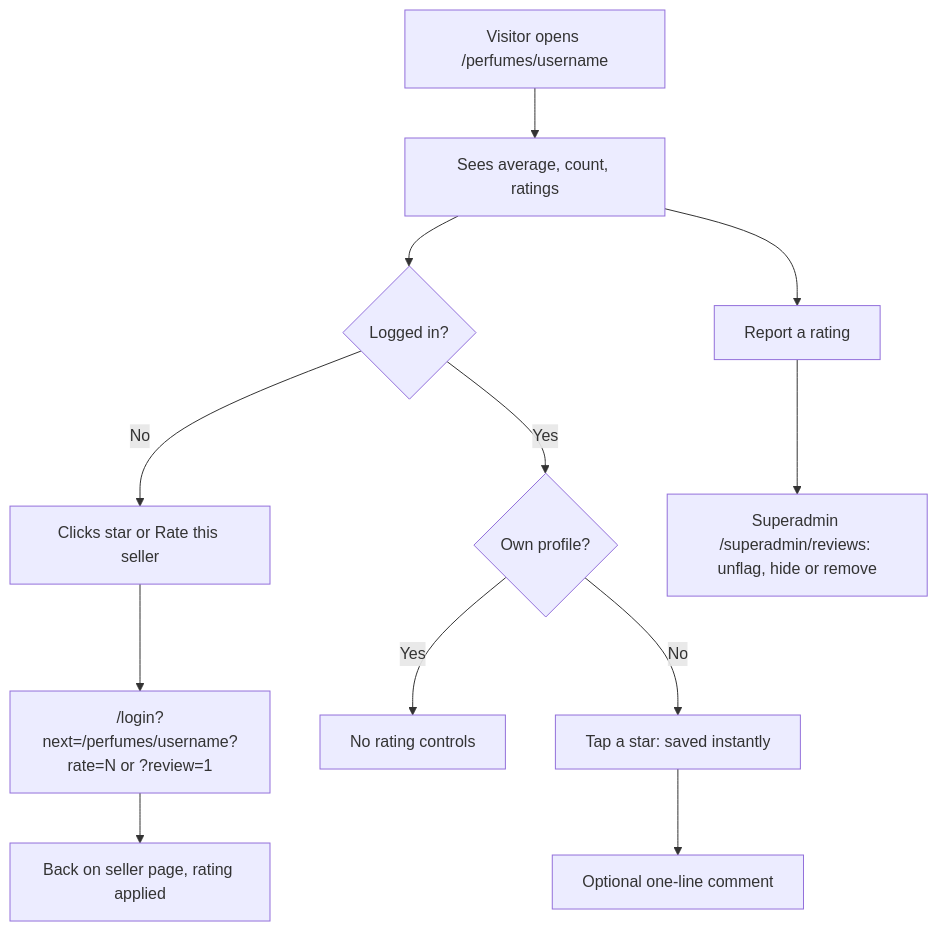
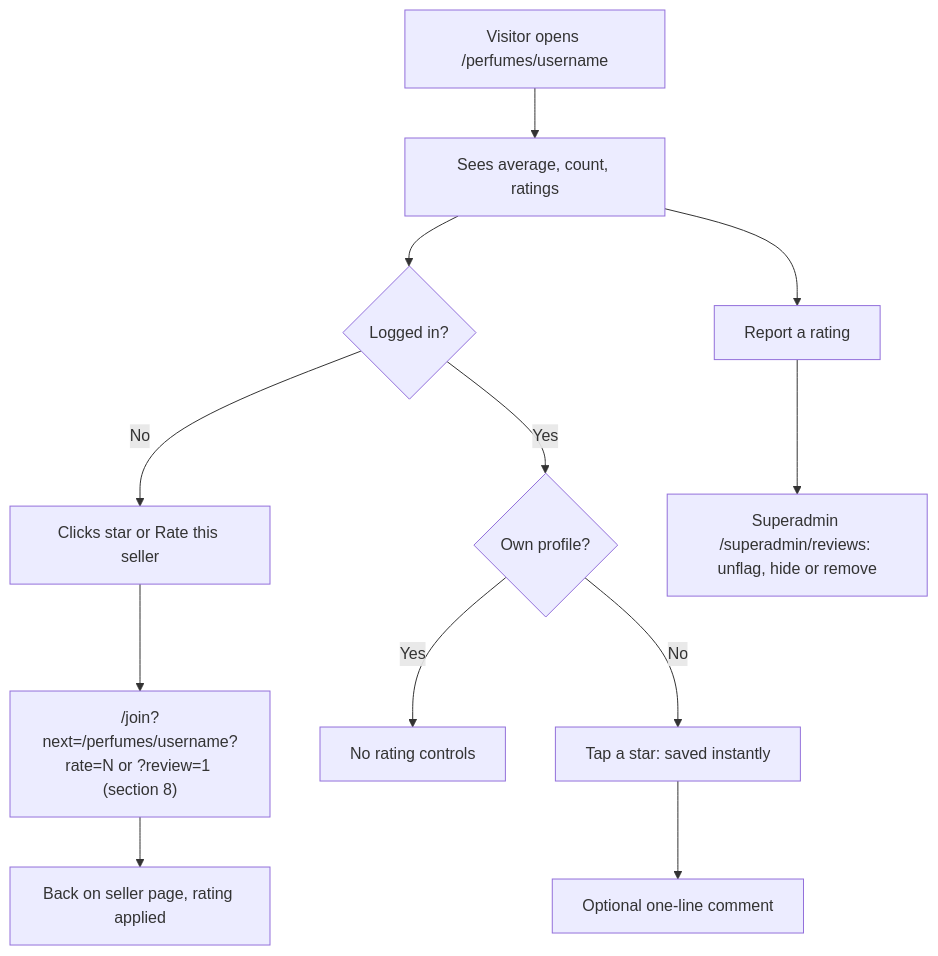
The seventh of 8 diagrams in docs/WORKFLOWS.md (rafidelahi-dev/Perfume-Shop), drawn with Mermaid before and after one commit. The commit also changed other lines of this file and 10 other files, not shown here.

First line of the commit message:
feat: quick join, share link and review activity (slice C)

````diff
--- a/docs/WORKFLOWS.md
+++ b/docs/WORKFLOWS.md
@@ -310,14 +310,14 @@
 ```mermaid
 flowchart TD
     A[Visitor opens /perfumes/username] --> B[Sees average, count, ratings]
     B --> C{Logged in?}
     C -- No --> D[Clicks star or Rate this seller]
-    D --> E["/login?next=/perfumes/username?rate=N or ?review=1"]
+    D --> E["/join?next=/perfumes/username?rate=N or ?review=1 (section 8)"]
     E --> F[Back on seller page, rating applied]
     C -- Yes --> G{Own profile?}
     G -- Yes --> H[No rating controls]
     G -- No --> I[Tap a star: saved instantly]
     I --> J[Optional one-line comment]
     B --> K[Report a rating]
     K --> L[Superadmin /superadmin/reviews: unflag, hide or remove]
 ```
````
